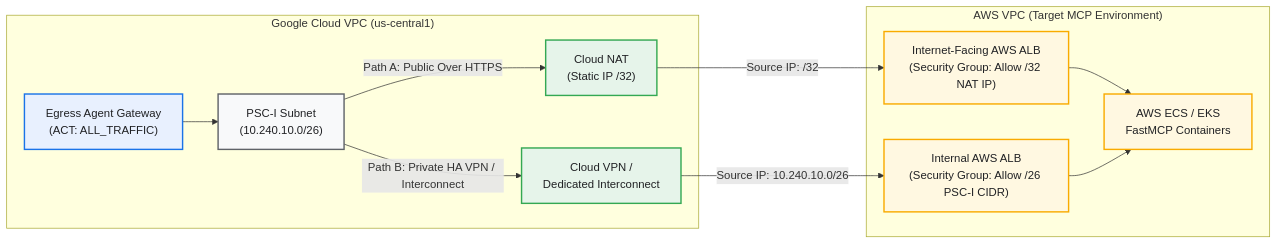
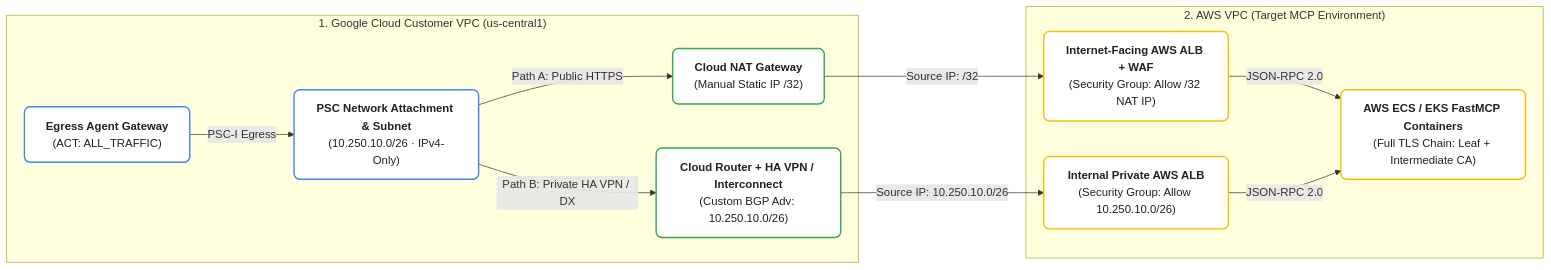
The diagram in docs/AWS_MCP_FIREWALL_AND_NAT_INTEGRATION.md (rhkim77/ge-agent-gateway-mcp), drawn with Mermaid before and after one commit. The commit also changed other lines of this file and 31 other files, not shown here.

Commit message:
feat(diagrams): upgrade all repository and Qwiklabs diagrams to Official GCP Standard Style (SVG, 2x Retina PNG, Draw.io XML, and Mermaid)

````diff
--- a/docs/AWS_MCP_FIREWALL_AND_NAT_INTEGRATION.md
+++ b/docs/AWS_MCP_FIREWALL_AND_NAT_INTEGRATION.md
@@ -30,31 +37,27 @@
 ```mermaid
 flowchart LR
-    subgraph GCP["Google Cloud VPC (us-central1)"]
-        AGW["Egress Agent Gateway<br/>(ACT: ALL_TRAFFIC)"]
-        PSCI["PSC-I Subnet<br/>(10.240.10.0/26)"]
-        NAT["Cloud NAT<br/>(Static IP /32)"]
-        VPN["Cloud VPN /<br/>Dedicated Interconnect"]
+    classDef gcpCard fill:#FFFFFF,stroke:#4285F4,stroke-width:2px,color:#202124,rx:8px,ry:8px
+    classDef natCard fill:#FFFFFF,stroke:#34A853,stroke-width:2px,color:#202124,rx:8px,ry:8px
+    classDef awsCard fill:#FFFFFF,stroke:#FBBC04,stroke-width:2px,color:#202124,rx:8px,ry:8px
+
+    subgraph GCP["1. Google Cloud Customer VPC (us-central1)"]
+        AGW["<b>Egress Agent Gateway</b><br/>(ACT: ALL_TRAFFIC)"]:::gcpCard
+        PSCI["<b>PSC Network Attachment & Subnet</b><br/>(10.250.10.0/26 · IPv4-Only)"]:::gcpCard
+        NAT["<b>Cloud NAT Gateway</b><br/>(Manual Static IP /32)"]:::natCard
+        VPN["<b>Cloud Router + HA VPN / Interconnect</b><br/>(Custom BGP Adv: 10.250.10.0/26)"]:::natCard
     end
 
-    subgraph AWS["AWS VPC (Target MCP Environment)"]
-        ALB_PUB["Internet-Facing AWS ALB<br/>(Security Group: Allow /32 NAT IP)"]
-        ALB_PRIV["Internal AWS ALB<br/>(Security Group: Allow /26 PSC-I CIDR)"]
-        ECS["AWS ECS / EKS<br/>FastMCP Containers"]
+    subgraph AWS["2. AWS VPC (Target MCP Environment)"]
+        ALB_PUB["<b>Internet-Facing AWS ALB + WAF</b><br/>(Security Group: Allow /32 NAT IP)"]:::awsCard
+        ALB_PRIV["<b>Internal Private AWS ALB</b><br/>(Security Group: Allow 10.250.10.0/26)"]:::awsCard
+        ECS["<b>AWS ECS / EKS FastMCP Containers</b><br/>(Full TLS Chain: Leaf + Intermediate CA)"]:::awsCard
     end
 
-    AGW --> PSCI
-    PSCI -->|"Path A: Public Over HTTPS"| NAT
+    AGW -->|"PSC-I Egress"| PSCI
+    PSCI -->|"Path A: Public HTTPS"| NAT
     NAT -->|"Source IP: <CLOUD_NAT_STATIC_IP>/32"| ALB_PUB
-    PSCI -->|"Path B: Private HA VPN / Interconnect"| VPN
-    VPN -->|"Source IP: 10.240.10.0/26"| ALB_PRIV
-    ALB_PUB --> ECS
-    ALB_PRIV --> ECS
-
-    style AGW fill:#E8F0FE,stroke:#1A73E8,stroke-width:2px,color:#202124
-    style PSCI fill:#F8F9FA,stroke:#5F6368,stroke-width:2px,color:#202124
-    style NAT fill:#E6F4EA,stroke:#34A853,stroke-width:2px,color:#202124
-    style VPN fill:#E6F4EA,stroke:#34A853,stroke-width:2px,color:#202124
-    style ALB_PUB fill:#FFF8E1,stroke:#F9AB00,stroke-width:2px,color:#202124
-    style ALB_PRIV fill:#FFF8E1,stroke:#F9AB00,stroke-width:2px,color:#202124
-    style ECS fill:#FFF8E1,stroke:#F9AB00,stroke-width:2px,color:#202124
+    PSCI -->|"Path B: Private HA VPN / DX"| VPN
+    VPN -->|"Source IP: 10.250.10.0/26"| ALB_PRIV
+    ALB_PUB -->|"JSON-RPC 2.0"| ECS
+    ALB_PRIV -->|"JSON-RPC 2.0"| ECS
 ```
````
